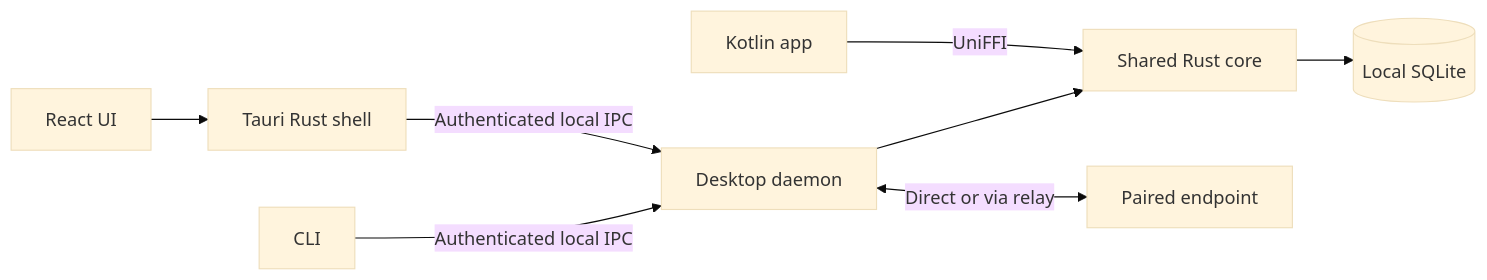
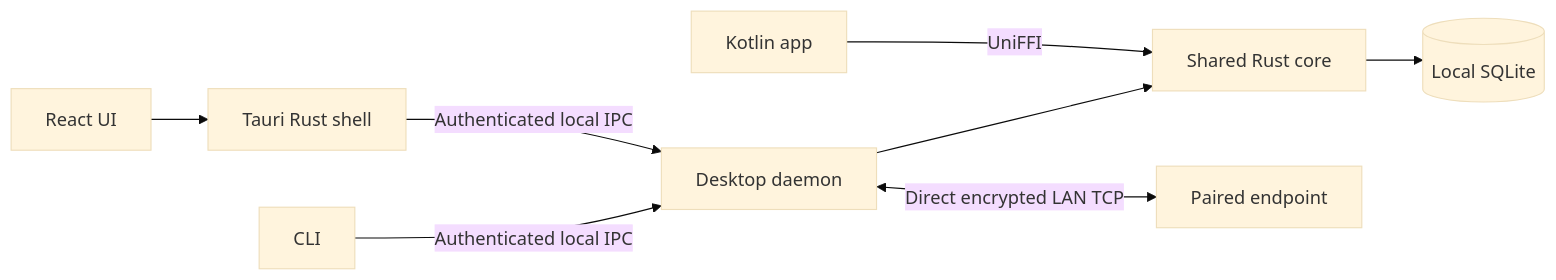
The diagram in docs/architecture.md (arielyte/lyteboard), drawn with Mermaid (base theme) before and after one commit. The commit also changed other lines of this file and 28 other files, not shown here.

Commit message:
refactor: simplify Lyteboard to LAN-only architecture

````diff
--- a/docs/architecture.md
+++ b/docs/architecture.md
@@ -11,10 +11,10 @@
 ```mermaid
 flowchart LR
     CLI[CLI] -->|Authenticated local IPC| D[Desktop daemon]
     React[React UI] --> Tauri[Tauri Rust shell]
     Tauri -->|Authenticated local IPC| D
     D --> Core[Shared Rust core]
     Android[Kotlin app] -->|UniFFI| Core
     Core --> History[(Local SQLite)]
-    D <-->|Direct or via relay| Peer[Paired endpoint]
+    D <-->|Direct encrypted LAN TCP| Peer[Paired endpoint]
 ```
````
